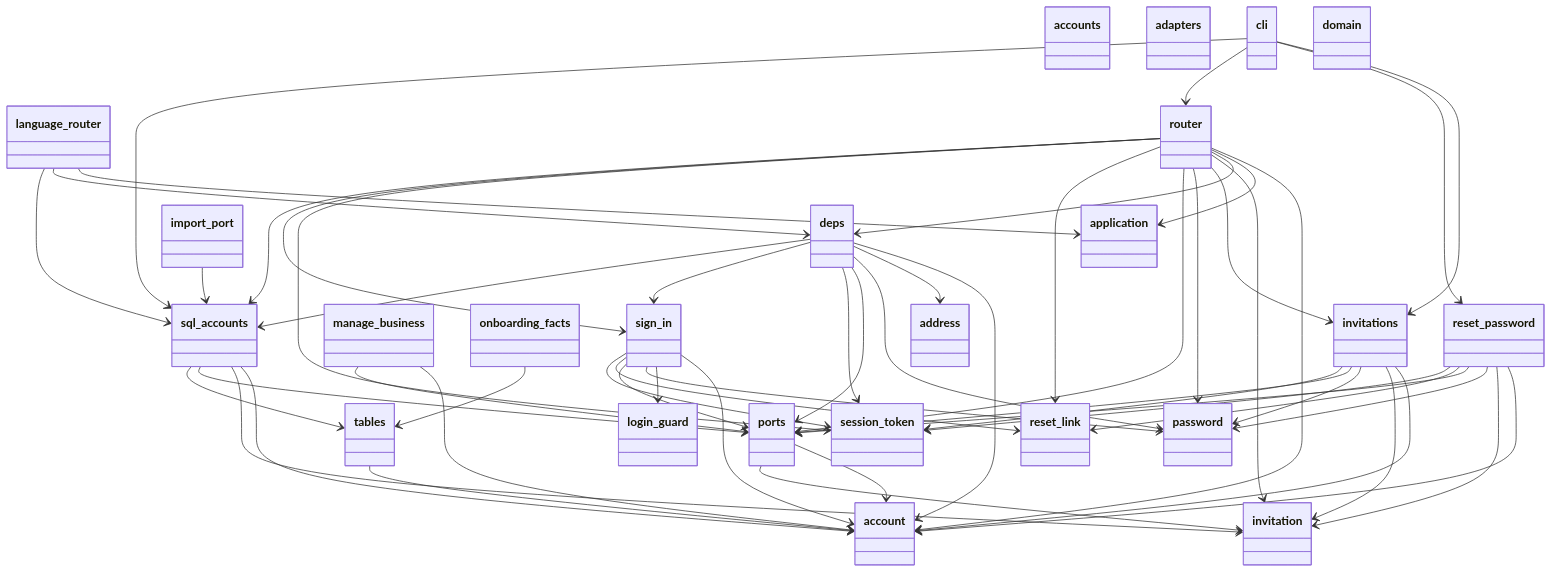
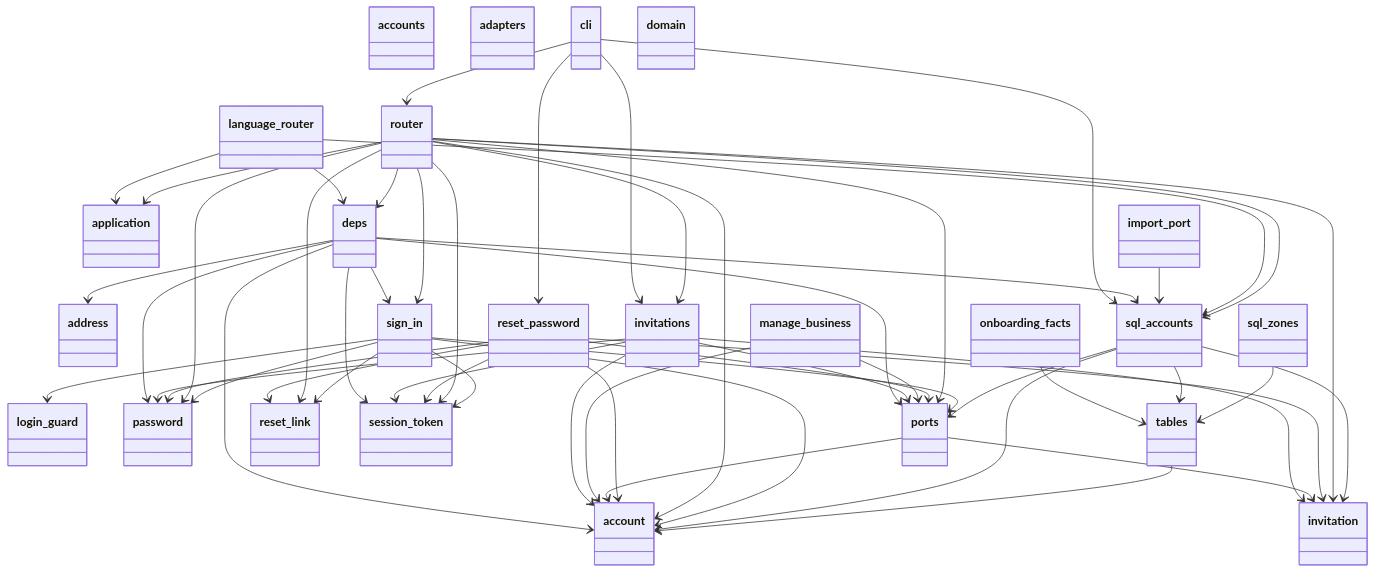
One commit to GonzaloZevallos/apostrophe changed the first of 4 diagrams in docs/architecture/generated/classes/accounts.md. Above: the diagram before and after it, drawn with Mermaid. The commit also changed other lines of this file and 2 other files, not shown here.

Commit message:
Regenerate the architecture docs for the zone Protocols and adapters

````diff
--- a/docs/architecture/generated/classes/accounts.md
+++ b/docs/architecture/generated/classes/accounts.md
@@ -51,6 +51,8 @@
   class sign_in {
   }
   class sql_accounts {
+  }
+  class sql_zones {
   }
   class tables {
   }
@@ -106,5 +108,6 @@
   sql_accounts --> invitation
   sql_accounts --> ports
   sql_accounts --> tables
+  sql_zones --> tables
   tables --> account
 ```
````
